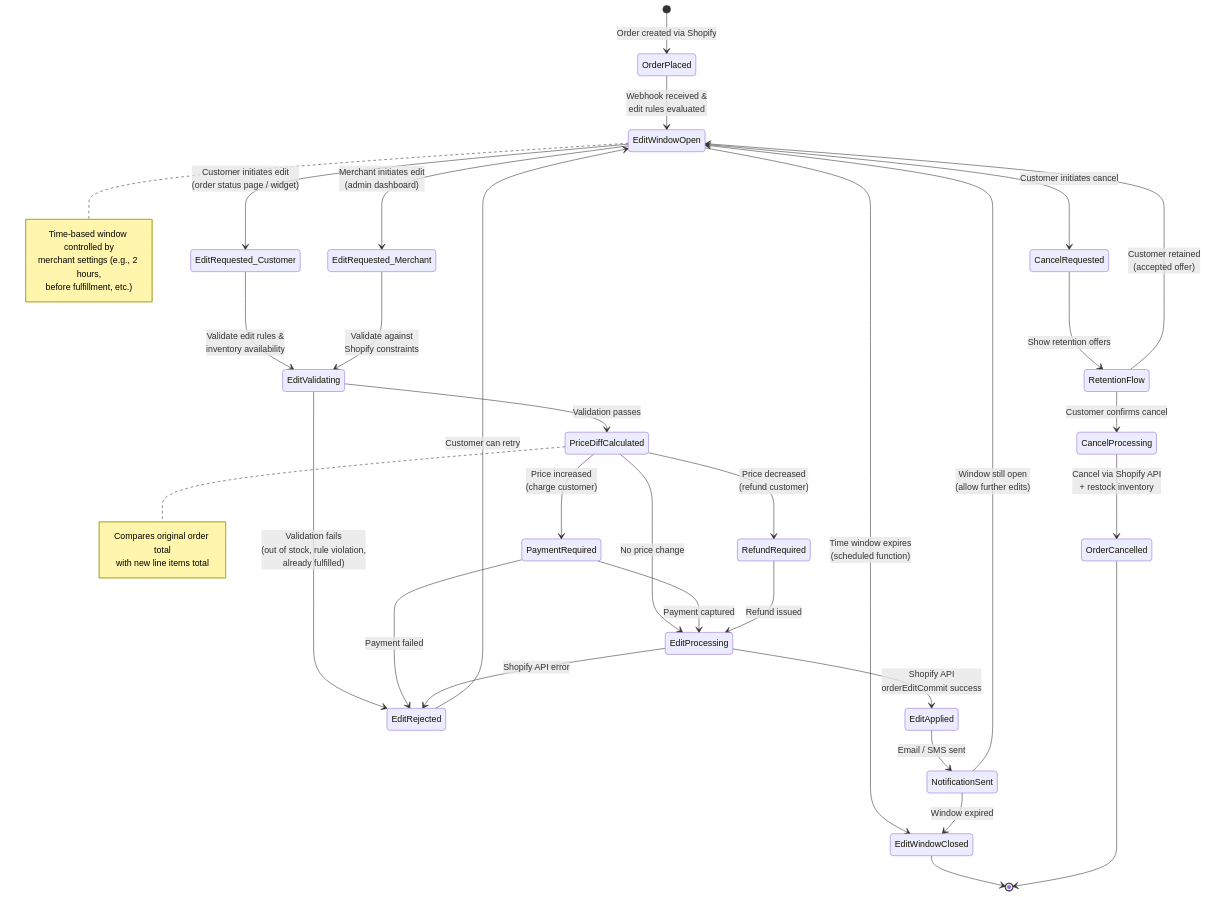
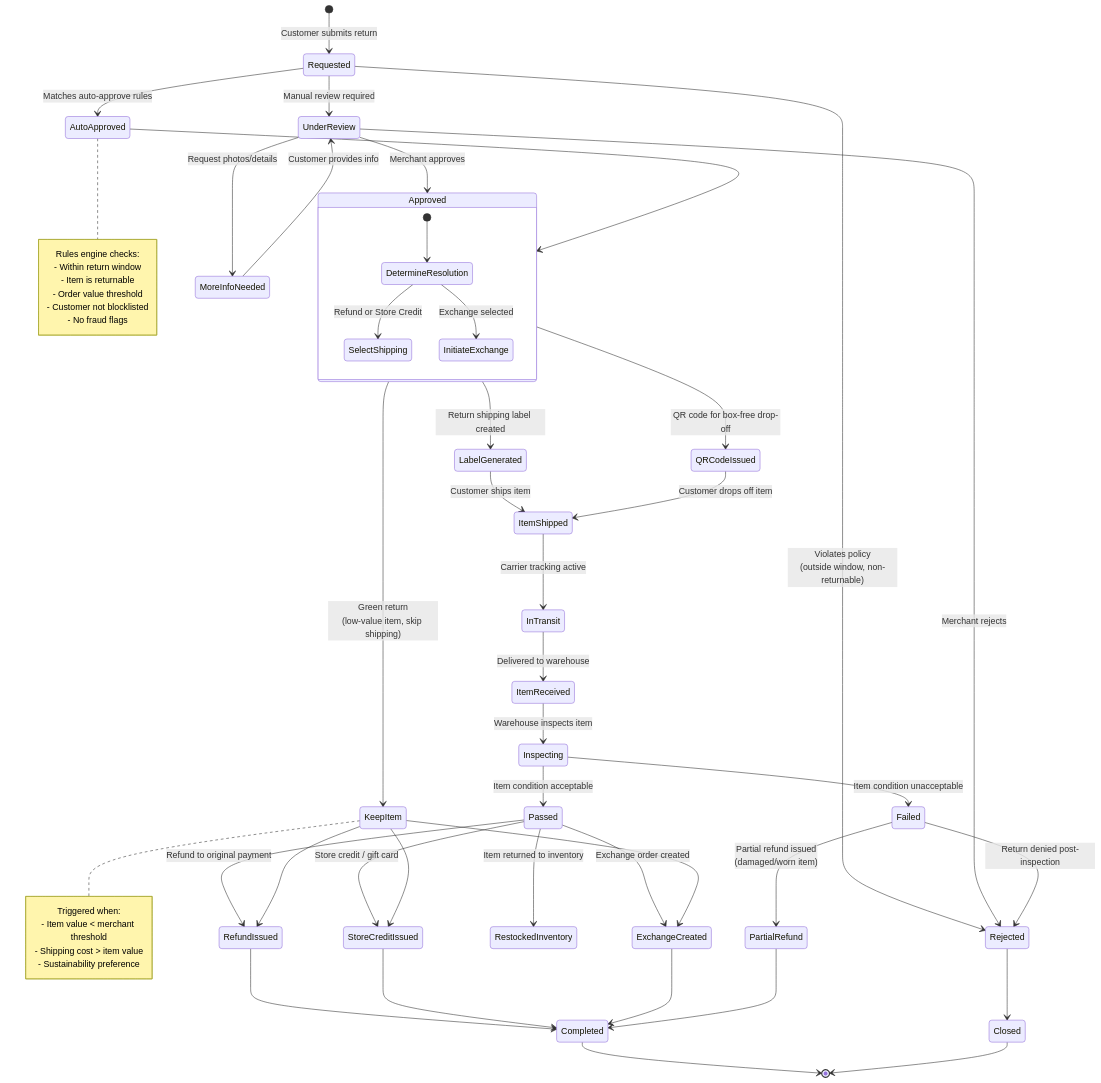
Before and after one commit to Roger-46/test: the second of 9 diagrams in return & exchange/research/08-diagrams.md, drawn with Mermaid. The commit also changed other lines of this file and 14 other files, not shown here.

````diff
--- a/return & exchange/research/08-diagrams.md
+++ b/return & exchange/research/08-diagrams.md
@@ -94,52 +89,74 @@
 ```mermaid
 stateDiagram-v2
-    [*] --> OrderPlaced: Order created via Shopify
+    [*] --> Requested: Customer submits return
 
-    OrderPlaced --> EditWindowOpen: Webhook received &<br/>edit rules evaluated
+    Requested --> UnderReview: Manual review required
+    Requested --> AutoApproved: Matches auto-approve rules
+    Requested --> Rejected: Violates policy<br/>(outside window, non-returnable)
 
-    EditWindowOpen --> EditRequested_Customer: Customer initiates edit<br/>(order status page / widget)
-    EditWindowOpen --> EditRequested_Merchant: Merchant initiates edit<br/>(admin dashboard)
-    EditWindowOpen --> CancelRequested: Customer initiates cancel
-    EditWindowOpen --> EditWindowClosed: Time window expires<br/>(scheduled function)
+    UnderReview --> Approved: Merchant approves
+    UnderReview --> Rejected: Merchant rejects
+    UnderReview --> MoreInfoNeeded: Request photos/details
 
-    EditRequested_Customer --> EditValidating: Validate edit rules &<br/>inventory availability
-    EditRequested_Merchant --> EditValidating: Validate against<br/>Shopify constraints
+    MoreInfoNeeded --> UnderReview: Customer provides info
 
-    EditValidating --> EditRejected: Validation fails<br/>(out of stock, rule violation,<br/>already fulfilled)
-    EditValidating --> PriceDiffCalculated: Validation passes
+    AutoApproved --> Approved
 
-    PriceDiffCalculated --> PaymentRequired: Price increased<br/>(charge customer)
-    PriceDiffCalculated --> RefundRequired: Price decreased<br/>(refund customer)
-    PriceDiffCalculated --> EditProcessing: No price change
+    Approved --> LabelGenerated: Return shipping label created
+    Approved --> KeepItem: Green return<br/>(low-value item, skip shipping)
+    Approved --> QRCodeIssued: QR code for box-free drop-off
 
-    PaymentRequired --> EditProcessing: Payment captured
-    PaymentRequired --> EditRejected: Payment failed
-    RefundRequired --> EditProcessing: Refund issued
+    LabelGenerated --> ItemShipped: Customer ships item
+    QRCodeIssued --> ItemShipped: Customer drops off item
 
-    EditProcessing --> EditApplied: Shopify API<br/>orderEditCommit success
-    EditProcessing --> EditRejected: Shopify API error
+    ItemShipped --> InTransit: Carrier tracking active
+    InTransit --> ItemReceived: Delivered to warehouse
 
-    EditApplied --> NotificationSent: Email / SMS sent
-    NotificationSent --> EditWindowOpen: Window still open<br/>(allow further edits)
-    NotificationSent --> EditWindowClosed: Window expired
+    ItemReceived --> Inspecting: Warehouse inspects item
 
-    CancelRequested --> RetentionFlow: Show retention offers
-    RetentionFlow --> EditWindowOpen: Customer retained<br/>(accepted offer)
-    RetentionFlow --> CancelProcessing: Customer confirms cancel
-    CancelProcessing --> OrderCancelled: Cancel via Shopify API<br/>+ restock inventory
+    Inspecting --> Passed: Item condition acceptable
+    Inspecting --> Failed: Item condition unacceptable
 
-    EditRejected --> EditWindowOpen: Customer can retry
-    EditWindowClosed --> [*]
-    OrderCancelled --> [*]
+    Failed --> PartialRefund: Partial refund issued<br/>(damaged/worn item)
+    Failed --> Rejected: Return denied post-inspection
 
-    note right of EditWindowOpen
-        Time-based window controlled by
-        merchant settings (e.g., 2 hours,
-        before fulfillment, etc.)
+    Passed --> RefundIssued: Refund to original payment
+    Passed --> StoreCreditIssued: Store credit / gift card
+    Passed --> ExchangeCreated: Exchange order created
+    Passed --> RestockedInventory: Item returned to inventory
+
+    KeepItem --> RefundIssued
+    KeepItem --> StoreCreditIssued
+    KeepItem --> ExchangeCreated
+
+    RefundIssued --> Completed
+    StoreCreditIssued --> Completed
+    ExchangeCreated --> Completed
+    PartialRefund --> Completed
+    Rejected --> Closed
+
+    Completed --> [*]
+    Closed --> [*]
+
+    state Approved {
+        [*] --> DetermineResolution
+        DetermineResolution --> SelectShipping: Refund or Store Credit
+        DetermineResolution --> InitiateExchange: Exchange selected
+    }
+
+    note right of AutoApproved
+        Rules engine checks:
+        - Within return window
+        - Item is returnable
+        - Order value threshold
+        - Customer not blocklisted
+        - No fraud flags
     end note
 
-    note right of PriceDiffCalculated
-        Compares original order total
-        with new line items total
+    note right of KeepItem
+        Triggered when:
+        - Item value < merchant threshold
+        - Shipping cost > item value
+        - Sustainability preference
     end note
 ```
````
